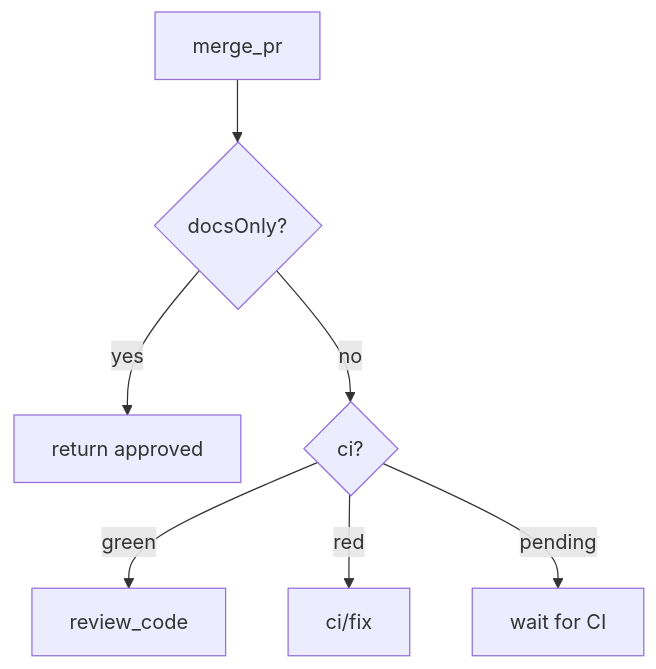
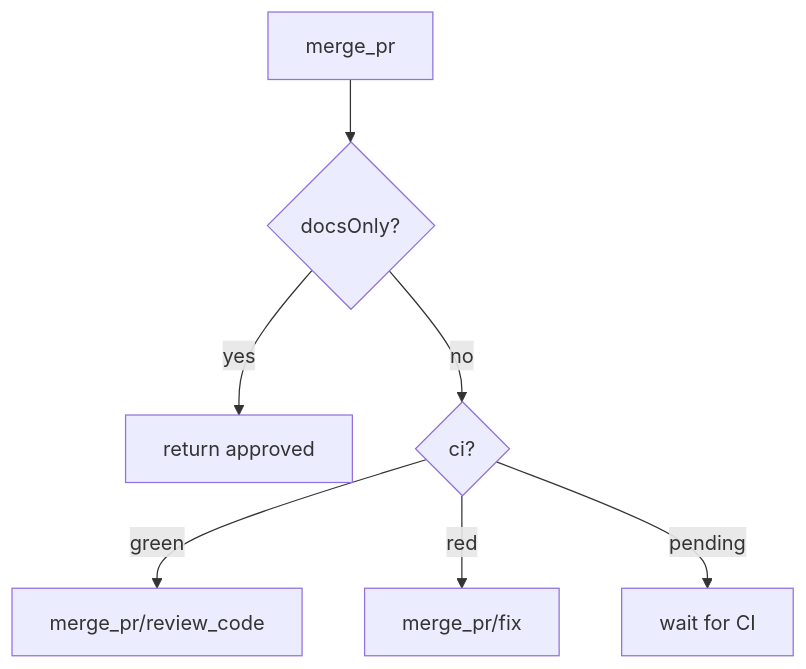
The diagram in README.md (rein-lang/rein), drawn with Mermaid before and after one commit. The commit also changed other lines of this file and 41 other files, not shown here.

````diff
--- a/README.md
+++ b/README.md
@@ -41,9 +41,9 @@
 ```mermaid
 flowchart TD
     A["merge_pr"] --> B{"docsOnly?"}
     B -- "yes" --> C["return approved"]
     B -- "no" --> D{"ci?"}
-    D -- "green" --> E["review_code"]
-    D -- "red" --> F["ci/fix"]
+    D -- "green" --> E["merge_pr/review_code"]
+    D -- "red" --> F["merge_pr/fix"]
     D -- "pending" --> G["wait for CI"]
 ```
````
